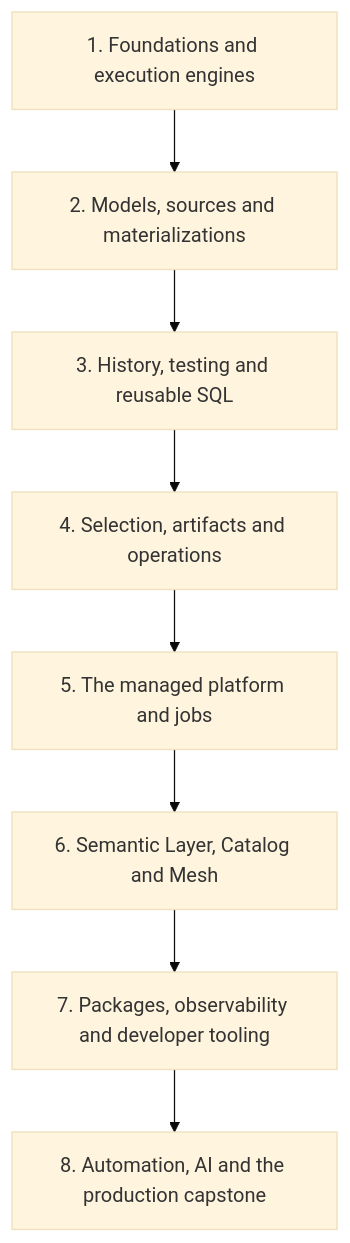
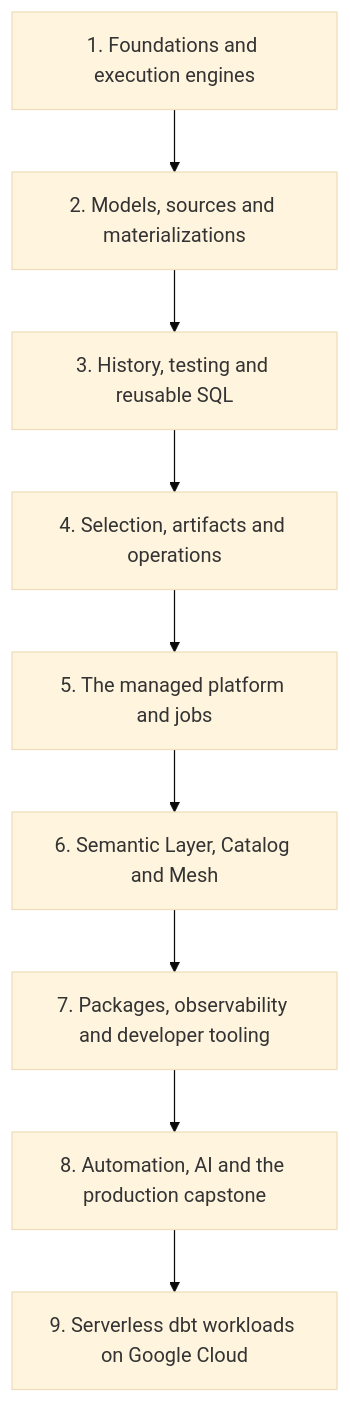
One commit to Rohit1024/dbt-learn changed the diagram in docs/index.md. Above: the diagram before and after it, drawn with Mermaid (base theme). The commit also changed 8 other files, not shown here.

Commit message:
Document DBT-Learn and add the Google Cloud module

````diff
--- a/docs/index.md
+++ b/docs/index.md
@@ -40,10 +40,11 @@
 ```mermaid
 flowchart TD
     A["1. Foundations and execution engines"] --> B["2. Models, sources and materializations"]
     B --> C["3. History, testing and reusable SQL"]
     C --> D["4. Selection, artifacts and operations"]
     D --> E["5. The managed platform and jobs"]
     E --> F["6. Semantic Layer, Catalog and Mesh"]
     F --> G["7. Packages, observability and developer tooling"]
     G --> H["8. Automation, AI and the production capstone"]
+    H --> I["9. Serverless dbt workloads on Google Cloud"]
 ```
````
